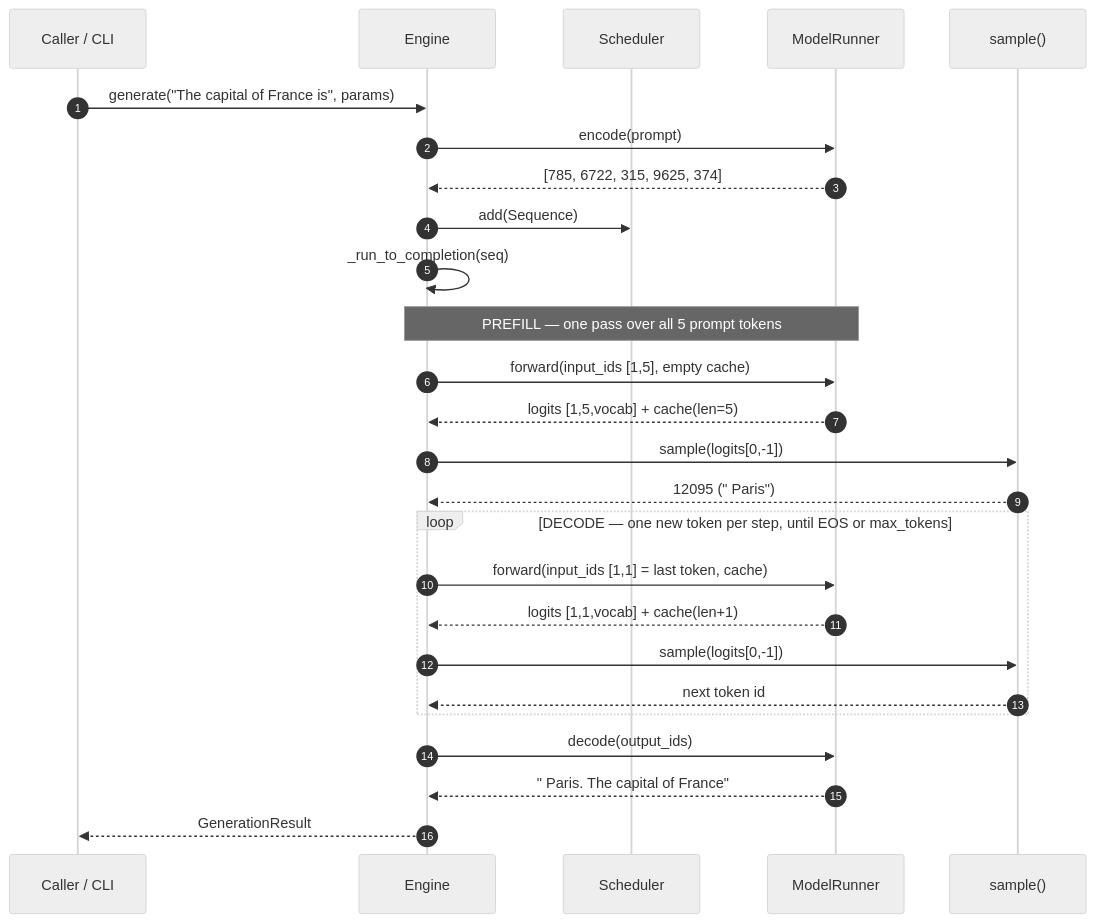
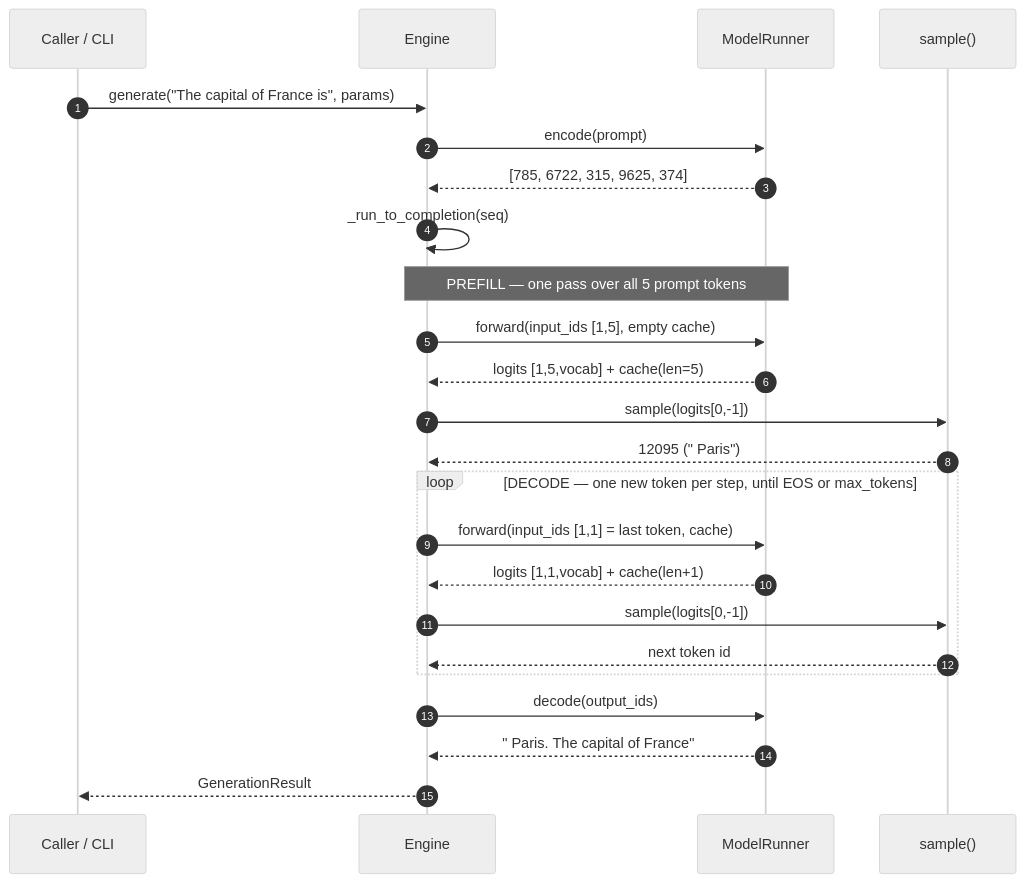
The second of 3 diagrams in README.md (Dhruvilbhatt/nanoserve), drawn with Mermaid (neutral theme) before and after one commit. The commit also changed other lines of this file and 9 other files, not shown here.

````diff
--- a/README.md
+++ b/README.md
@@ -71,32 +99,30 @@
 ```mermaid
 sequenceDiagram
     autonumber
     participant U as Caller / CLI
     participant EN as Engine
-    participant SC as Scheduler
     participant MR as ModelRunner
     participant SA as sample()
 
     U->>EN: generate("The capital of France is", params)
     EN->>MR: encode(prompt)
     MR-->>EN: [785, 6722, 315, 9625, 374]
-    EN->>SC: add(Sequence)
     EN->>EN: _run_to_completion(seq)
 
     Note over EN,MR: PREFILL — one pass over all 5 prompt tokens
     EN->>MR: forward(input_ids [1,5], empty cache)
     MR-->>EN: logits [1,5,vocab] + cache(len=5)
     EN->>SA: sample(logits[0,-1])
     SA-->>EN: 12095 (" Paris")
 
     loop DECODE — one new token per step, until EOS or max_tokens
         EN->>MR: forward(input_ids [1,1] = last token, cache)
         MR-->>EN: logits [1,1,vocab] + cache(len+1)
         EN->>SA: sample(logits[0,-1])
         SA-->>EN: next token id
     end
 
     EN->>MR: decode(output_ids)
     MR-->>EN: " Paris. The capital of France"
     EN-->>U: GenerationResult
 ```
````
